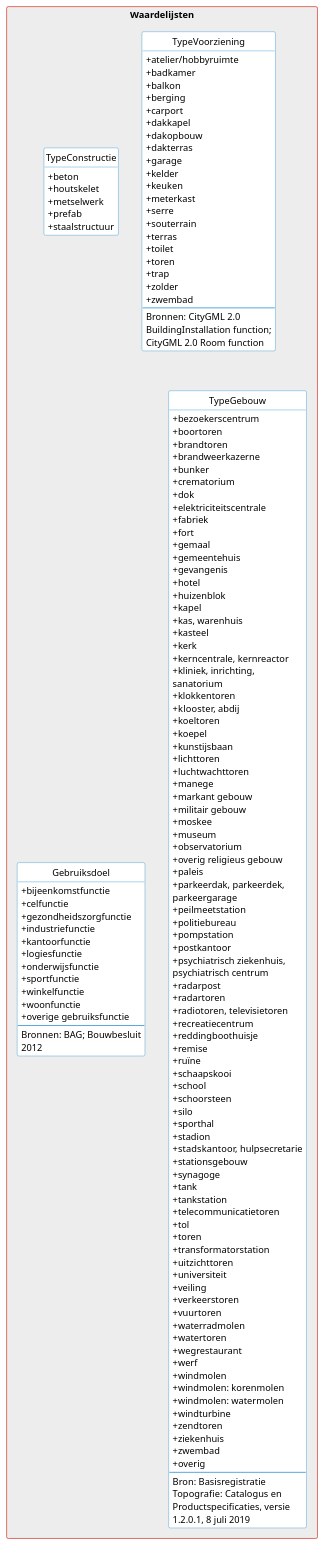
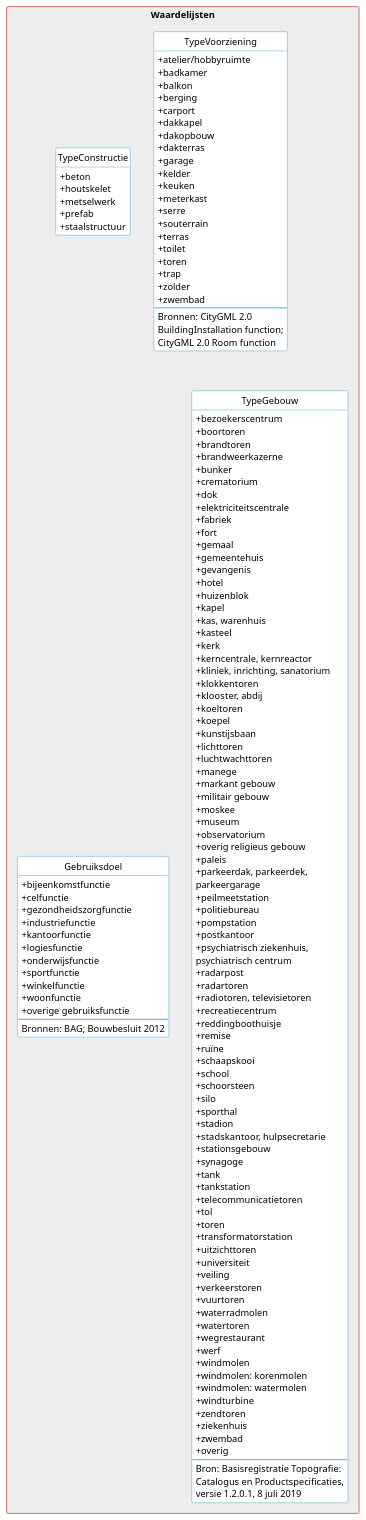
The diagram in model/waardelijsten.puml (geobasisregistraties/werkgroep-bouwwerken), drawn with PlantUML before and after one commit.

```diff
--- a/model/waardelijsten.puml
+++ b/model/waardelijsten.puml
@@ -29,7 +29,7 @@
 ' skinparam linetype polyline
 ' --------^-^-^-^-^-^-^-^--------
 
-skinparam WrapWidth 200
+skinparam WrapWidth 240
 
 skinparam Shadowing false
 
```
